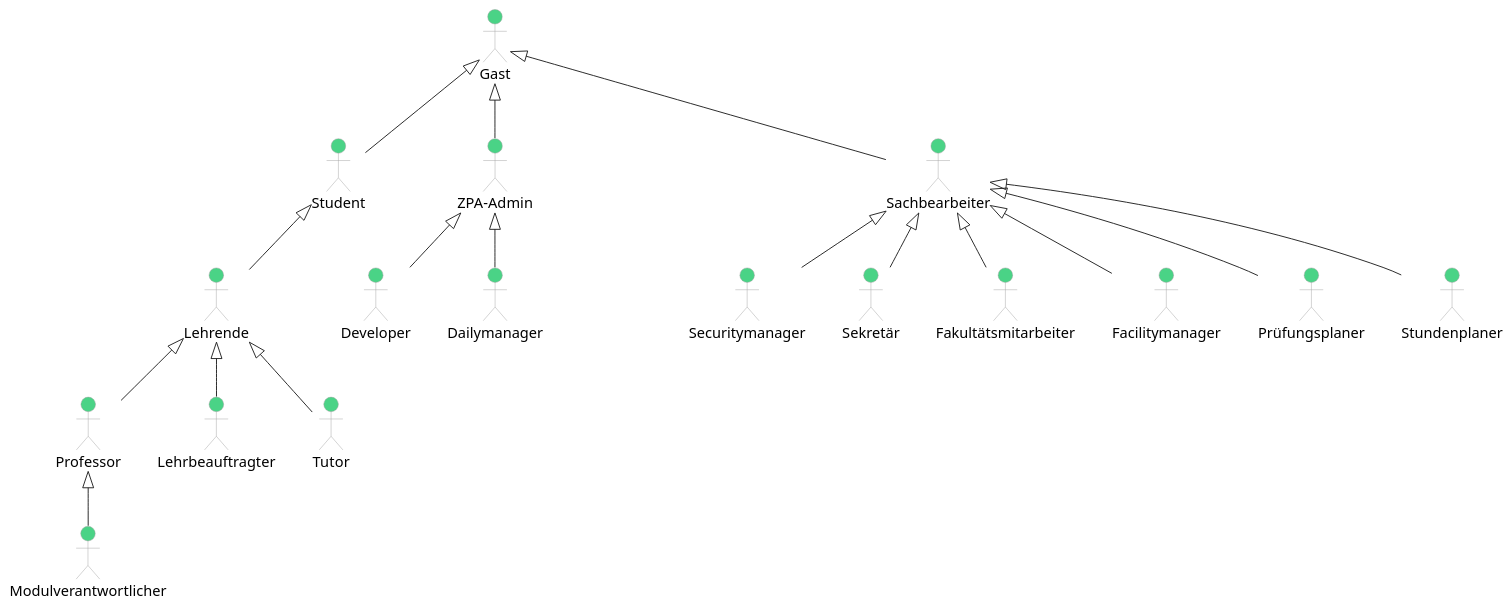
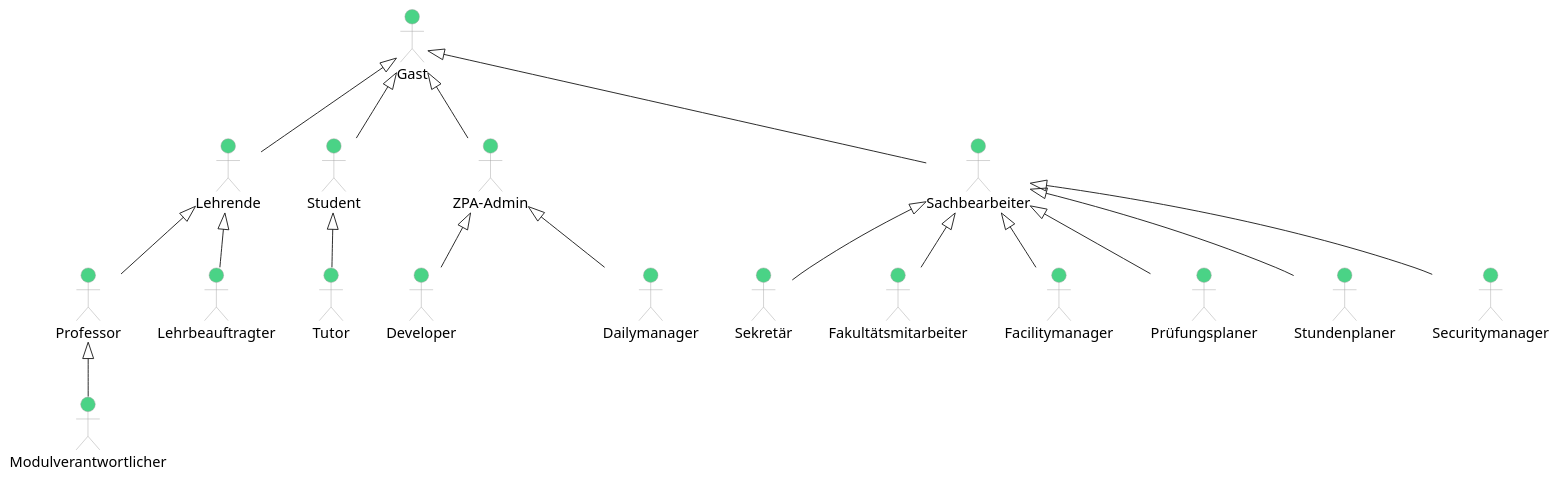
One commit to MullexBDE/SEng1 changed the diagram in src/main/puml/rollen/rollen.puml. Above: the diagram before and after it, drawn with PlantUML. The commit also changed 1 other file, not shown here.

Commit message:
Add Role Descriptions for Lehrende, Professor, Modulverantwortlicher, Lehrbeauftragter, Tutor and change in role diagram

```diff
--- a/src/main/puml/rollen/rollen.puml
+++ b/src/main/puml/rollen/rollen.puml
@@ -1,77 +1,77 @@
 @startuml
 
 top to bottom direction
 
 skinparam nodesep 40
 skinparam ranksep 60
 
 skinparam actor {
   BackgroundColor #4AD386
   BorderColor #a0a0a0
   ArrowColor black
   FontName Arial Unicode MS
   FontSize 16
 }
 
 skinparam rectangle {
   BackgroundColor transparent
   BorderColor transparent
   FontColor transparent
 }
 
 actor Gast
 actor Student
 actor Lehrende
 actor Professor
 actor Modulverantwortlicher
 actor Lehrbeauftragter
 actor Tutor
 actor Sachbearbeiter
 actor Sekretär
 actor Fakultätsmitarbeiter
 actor Facilitymanager
 actor Securitymanager
 actor Prüfungsplaner
 actor Stundenplaner
 actor "ZPA-Admin" as ZPAAdmin
 actor Developer
 actor "Dailymanager" as DailyManager
 
 Gast <|-- Student
-Student <|-- Lehrende
+Student <|-- Tutor
+Gast <|-- Lehrende
 Lehrende <|-- Professor
 Professor <|-- Modulverantwortlicher
 Lehrende <|-- Lehrbeauftragter
-Lehrende <|-- Tutor
 
 Gast <|-- Sachbearbeiter
 Sachbearbeiter <|-- Securitymanager
 Sachbearbeiter <|-- Sekretär
 Sachbearbeiter <|-- Fakultätsmitarbeiter
 Sachbearbeiter <|-- Facilitymanager
 Sachbearbeiter <|-- Prüfungsplaner
 Sachbearbeiter <|-- Stundenplaner
 
 Gast <|-- ZPAAdmin
 ZPAAdmin <|-- Developer
 ZPAAdmin <|-- DailyManager
 
 ' Layout: Student in der Mitte, Sachbearbeiter rechts neben ZPA-Admin.
 rectangle "                    " as StudentGap
 rectangle "                    " as SachbearbeiterGap
 rectangle "                    " as LehrendeGap
 rectangle "                    " as DeveloperGap
 rectangle "                    " as SecuritymanagerGap
 
 Student -[hidden]right- StudentGap
 StudentGap -[hidden]right- ZPAAdmin
 ZPAAdmin -[hidden]right- SachbearbeiterGap
 SachbearbeiterGap -[hidden]right- Sachbearbeiter
 Lehrende -[hidden]right- LehrendeGap
 LehrendeGap -[hidden]right- DailyManager
 Developer -[hidden]right- DailyManager
 Developer -[hidden]right- DeveloperGap
 DeveloperGap -[hidden]right- SecuritymanagerGap
 SecuritymanagerGap -[hidden]right- Securitymanager
 
 @enduml
```
